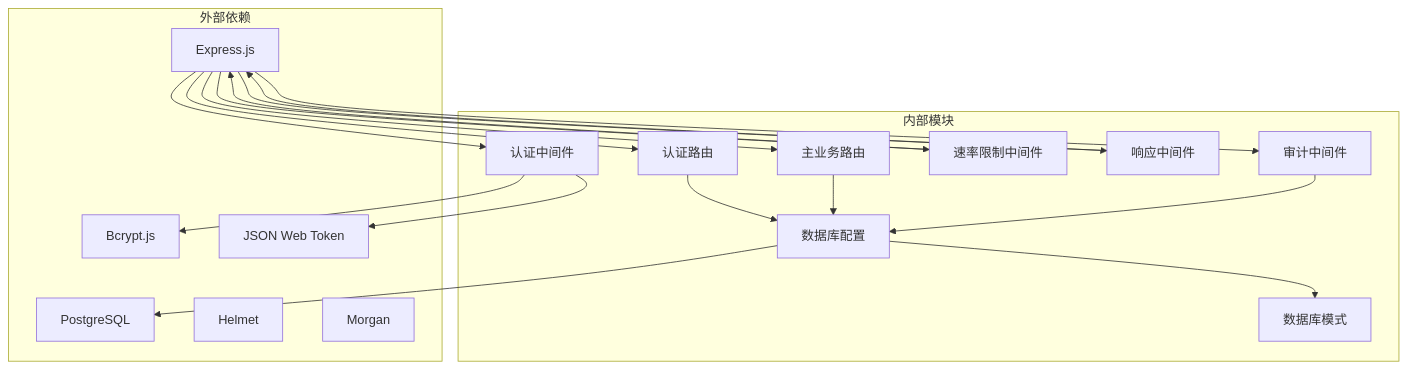
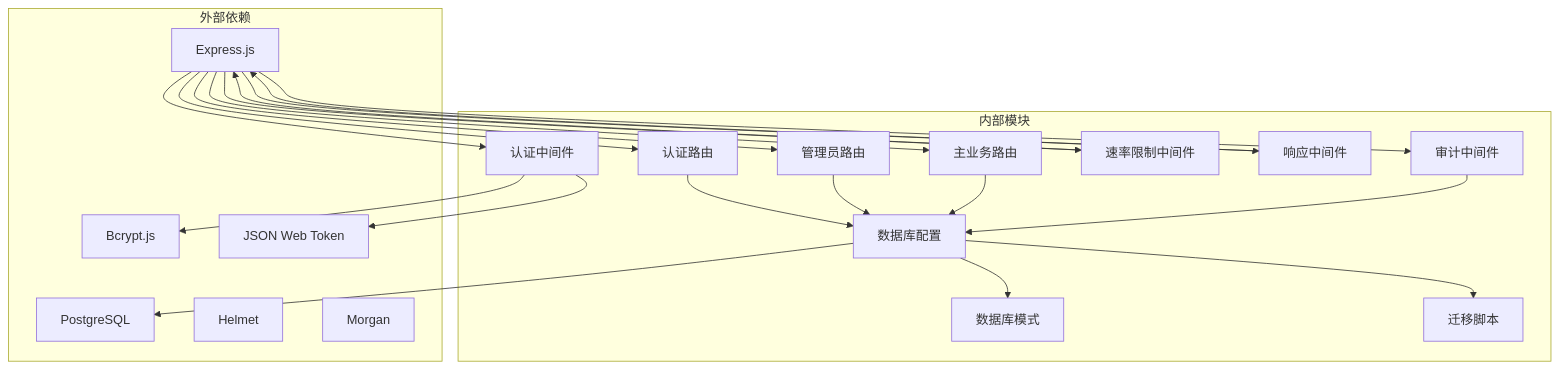
Diagram 11 of 11 in .qoder/repowiki/zh/content/后端API文档/用户管理API.md (Juny09/inventory_system), drawn with Mermaid before and after one commit. The commit also changed other lines of this file and 53 other files, not shown here.

````diff
--- a/.qoder/repowiki/zh/content/后端API文档/用户管理API.md
+++ b/.qoder/repowiki/zh/content/后端API文档/用户管理API.md
@@ -328,36 +441,41 @@
 ```mermaid
 graph TB
 subgraph "外部依赖"
 Express[Express.js]
 PG[PostgreSQL]
 Bcrypt[Bcrypt.js]
 JWT[JSON Web Token]
 Helmet[Helmet]
 Morgan[Morgan]
 end
 subgraph "内部模块"
 AuthRoutes[认证路由]
+AdminRoutes[管理员路由]
 MasterRoutes[主业务路由]
 AuthMW[认证中间件]
 RateLimitMW[速率限制中间件]
 ResponseMW[响应中间件]
 AuditTrailMW[审计中间件]
 DBConfig[数据库配置]
 Schema[数据库模式]
+Migrations[迁移脚本]
 end
 Express --> AuthRoutes
+Express --> AdminRoutes
 Express --> MasterRoutes
 Express --> AuthMW
 Express --> RateLimitMW
 Express --> ResponseMW
 Express --> AuditTrailMW
 AuthRoutes --> DBConfig
+AdminRoutes --> DBConfig
 MasterRoutes --> DBConfig
 DBConfig --> PG
+DBConfig --> Migrations
 AuthMW --> JWT
 AuthMW --> Bcrypt
 RateLimitMW --> Express
 ResponseMW --> Express
 AuditTrailMW --> DBConfig
 DBConfig --> Schema
 ```
````
